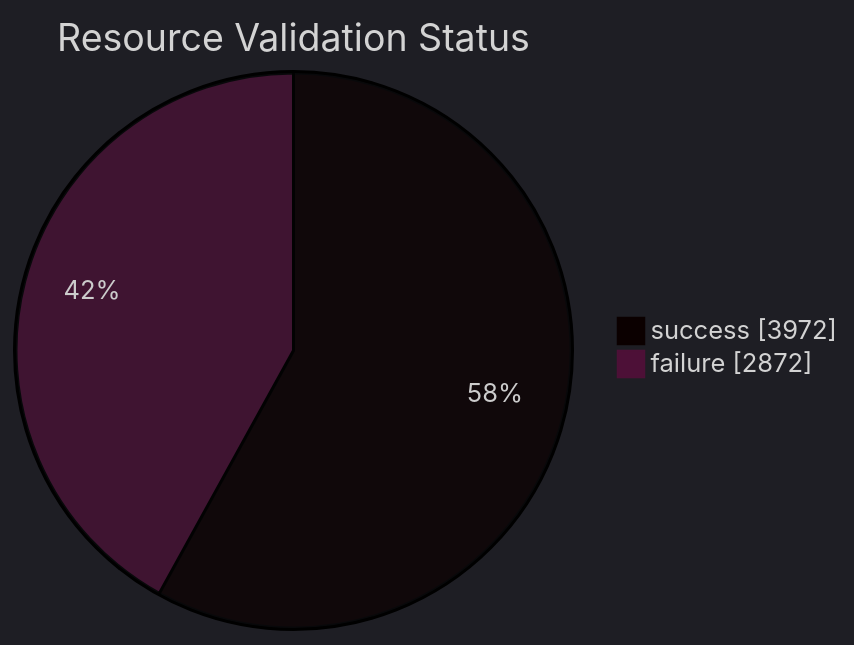
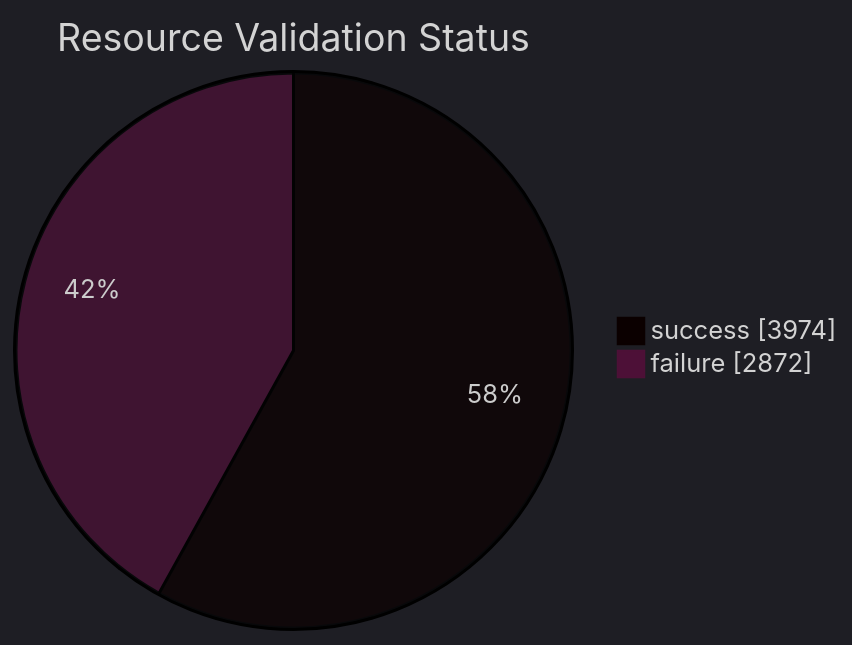
One commit to open-data/analytics-corporate-reporting changed the diagram in datastore_tracker/resource_validation_status_pie_chart.md. Above: the diagram before and after it, drawn with Mermaid. The commit also changed 6 other files, not shown here.

````diff
--- a/datastore_tracker/resource_validation_status_pie_chart.md
+++ b/datastore_tracker/resource_validation_status_pie_chart.md
@@ -2,9 +2,9 @@
 ```mermaid
 ---
 config:
   theme: dark
 ---
 pie showData title Resource Validation Status
-    "success": 3972
+    "success": 3974
     "failure": 2872
 ```
````
